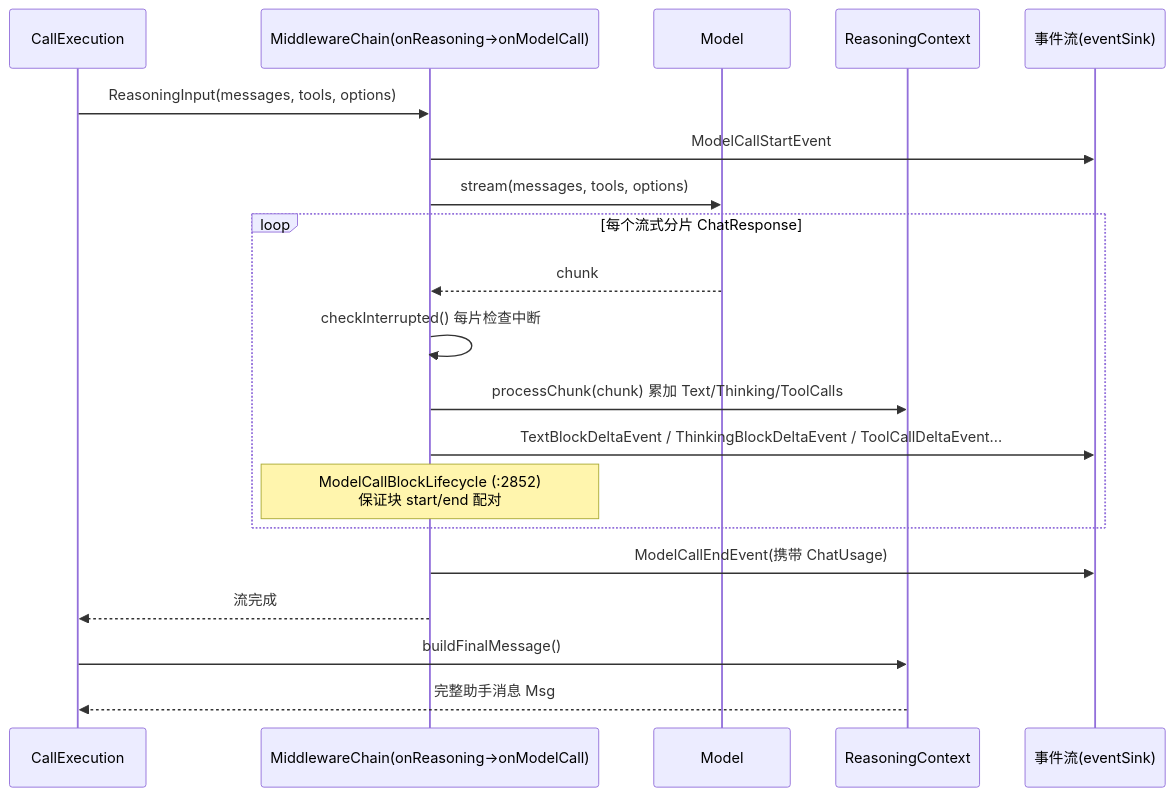
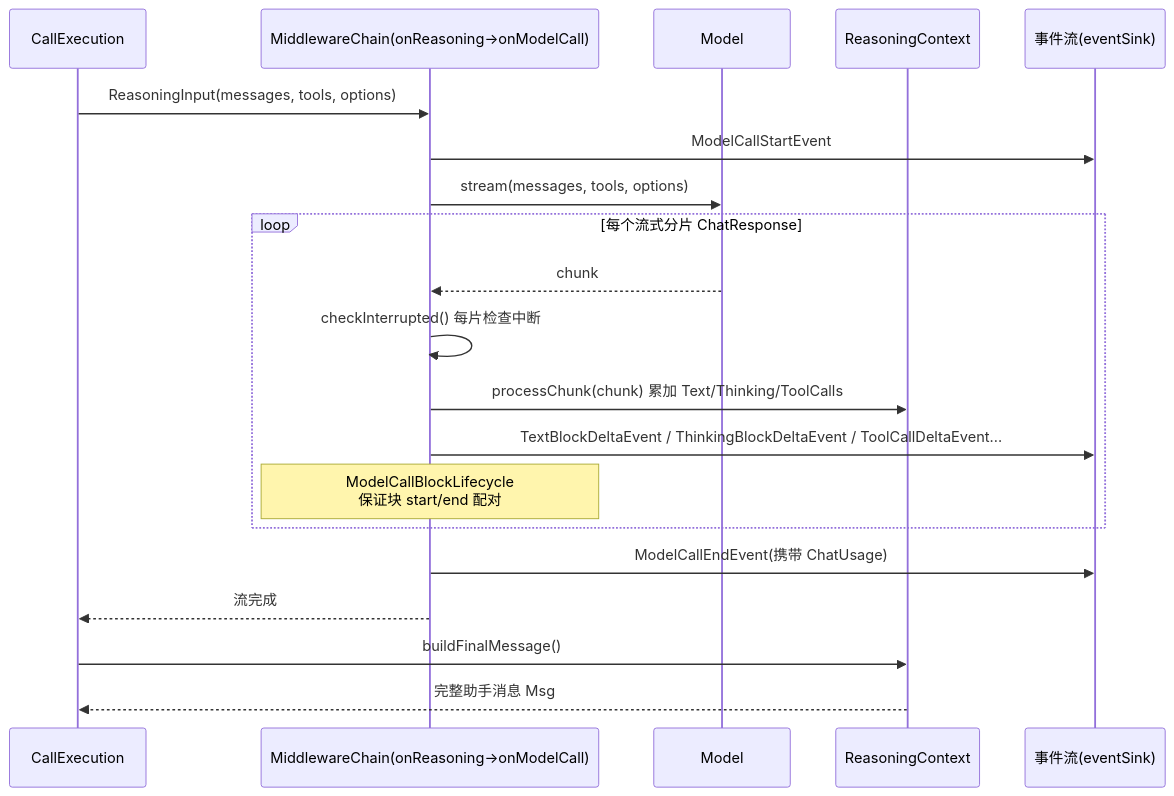
The third of 6 diagrams in 03-ReAct主循环.md (liulangjietou/AgentScope-source-analysis), drawn with Mermaid before and after one commit. The commit also changed other lines of this file and 13 other files, not shown here.

Commit message:
docs: align source guide and diagrams with main dcb131a3

````diff
--- a/03-ReAct主循环.md
+++ b/03-ReAct主循环.md
@@ -150,23 +159,23 @@
 ```mermaid
 sequenceDiagram
     participant R as CallExecution#reasoning
     participant MW as MiddlewareChain(onReasoning→onModelCall)
     participant M as Model#stream（第 5 章）
     participant RC as ReasoningContext
     participant SINK as 事件流(eventSink)
 
     R->>MW: ReasoningInput(messages, tools, options)
     MW->>SINK: ModelCallStartEvent
     MW->>M: stream(messages, tools, options)
     loop 每个流式分片 ChatResponse
         M-->>MW: chunk
         MW->>MW: checkInterrupted()  每片检查中断
         MW->>RC: processChunk(chunk) 累加 Text/Thinking/ToolCalls
         MW->>SINK: TextBlockDeltaEvent / ThinkingBlockDeltaEvent / ToolCallDeltaEvent...
-        Note over MW: ModelCallBlockLifecycle (:2852)<br/>保证块 start/end 配对
+        Note over MW: ModelCallBlockLifecycle<br/>保证块 start/end 配对
     end
     MW->>SINK: ModelCallEndEvent(携带 ChatUsage)
     MW-->>R: 流完成
     R->>RC: buildFinalMessage()
     RC-->>R: 完整助手消息 Msg
 ```
````
